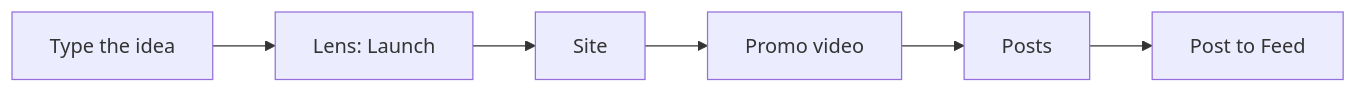
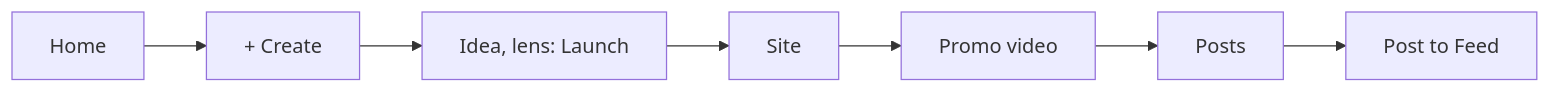
Before and after one commit to Pukujan/swarm-studio: diagram 21 of 22 in docs/ux/SITEMAP.md, drawn with Mermaid. The commit also changed other lines of this file and 4 other files, not shown here.

````diff
--- a/docs/ux/SITEMAP.md
+++ b/docs/ux/SITEMAP.md
@@ -421,4 +442,4 @@
 ```mermaid
 flowchart LR
-  f1[Type the idea] --> f2["Lens: Launch"] --> f3[Site] --> f4[Promo video] --> f5[Posts] --> f6[Post to Feed]
+  f0[Home] --> f1["+ Create"] --> f2["Idea, lens: Launch"] --> f3[Site] --> f4[Promo video] --> f5[Posts] --> f6[Post to Feed]
 ```
````
